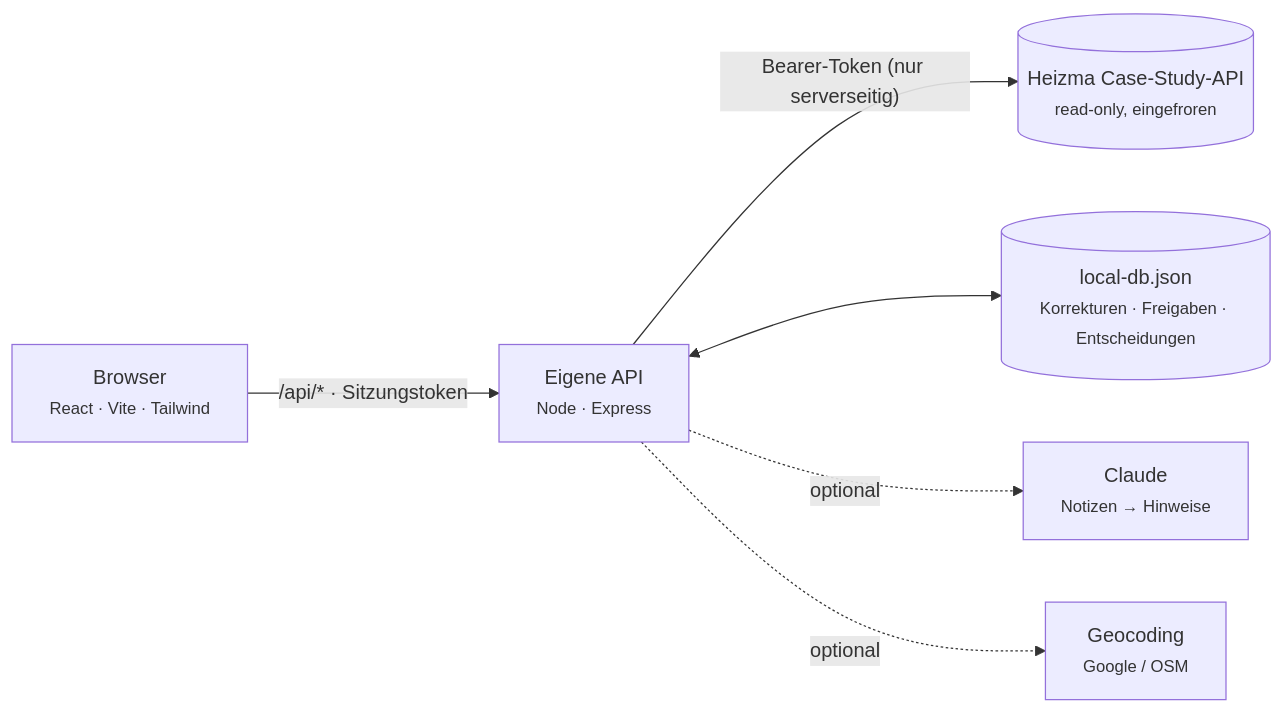
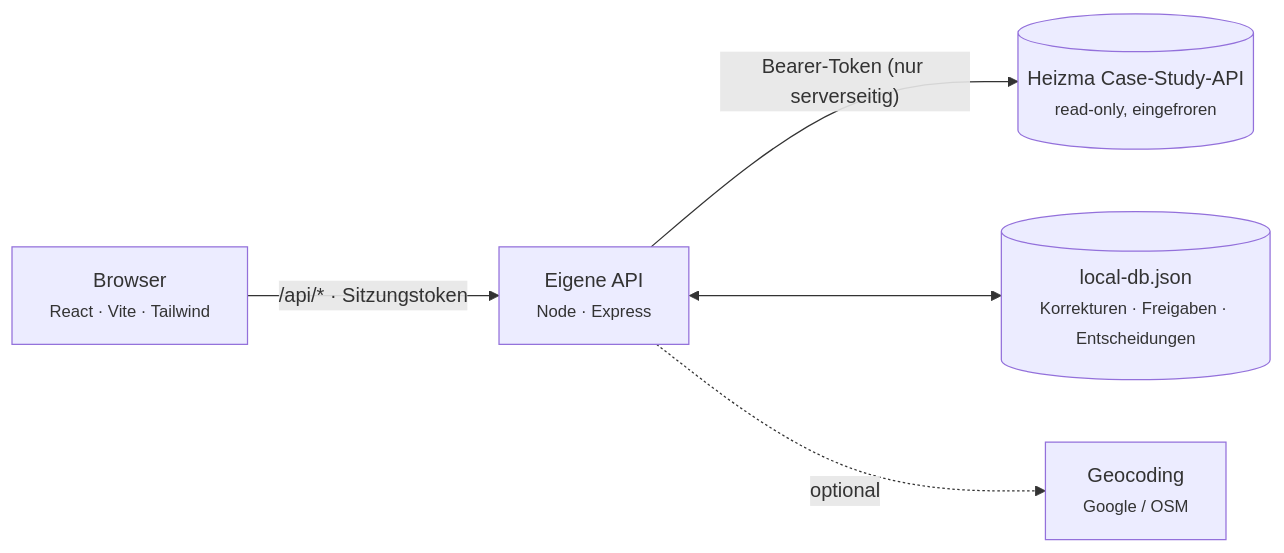
Before and after one commit to oekfbIT/Heizma: the first of 4 diagrams in docs/02-architektur.md, drawn with Mermaid. The commit also changed other lines of this file and 55 other files, not shown here.

````diff
--- a/docs/02-architektur.md
+++ b/docs/02-architektur.md
@@ -7,8 +7,7 @@
 ```mermaid
 flowchart LR
   B["Browser<br/><small>React · Vite · Tailwind</small>"] -->|"/api/* · Sitzungstoken"| A["Eigene API<br/><small>Node · Express</small>"]
   A -->|"Bearer-Token (nur serverseitig)"| H[("Heizma Case-Study-API<br/><small>read-only, eingefroren</small>")]
   A <--> L[("local-db.json<br/><small>Korrekturen · Freigaben · Entscheidungen</small>")]
-  A -.->|optional| C["Claude<br/><small>Notizen → Hinweise</small>"]
   A -.->|optional| G["Geocoding<br/><small>Google / OSM</small>"]
 ```
````
